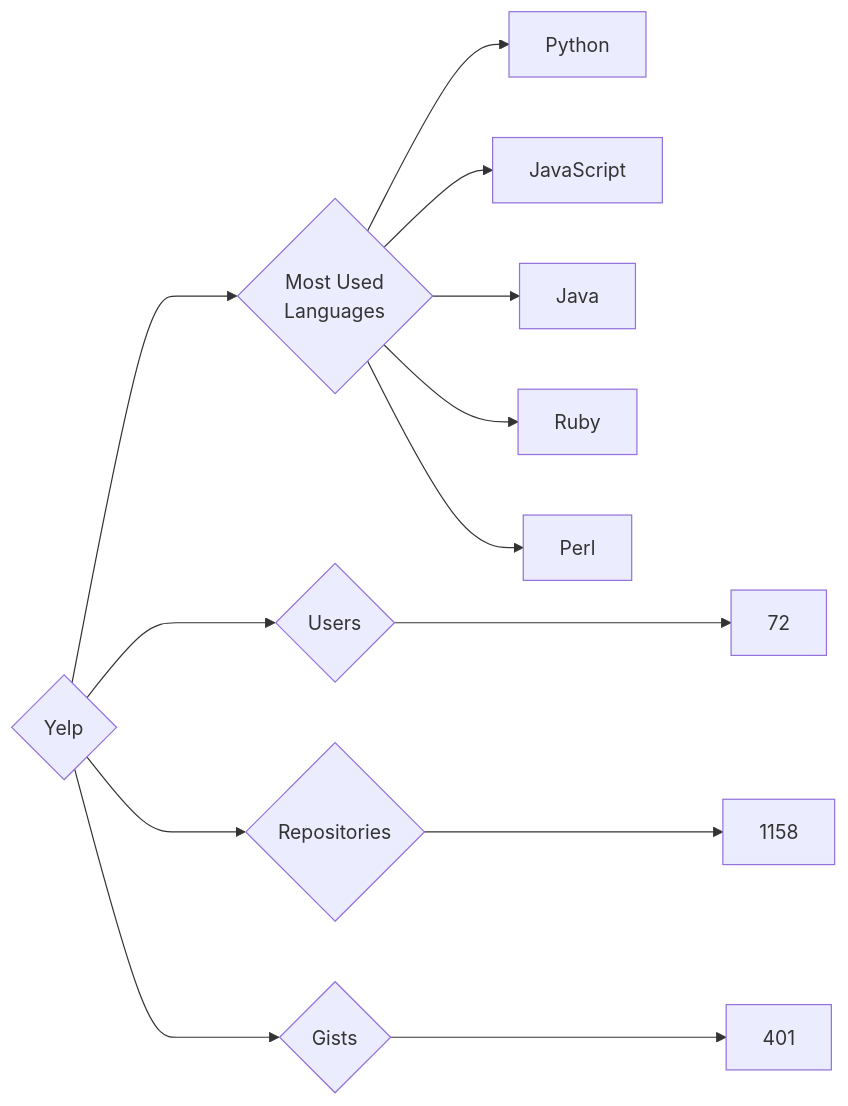
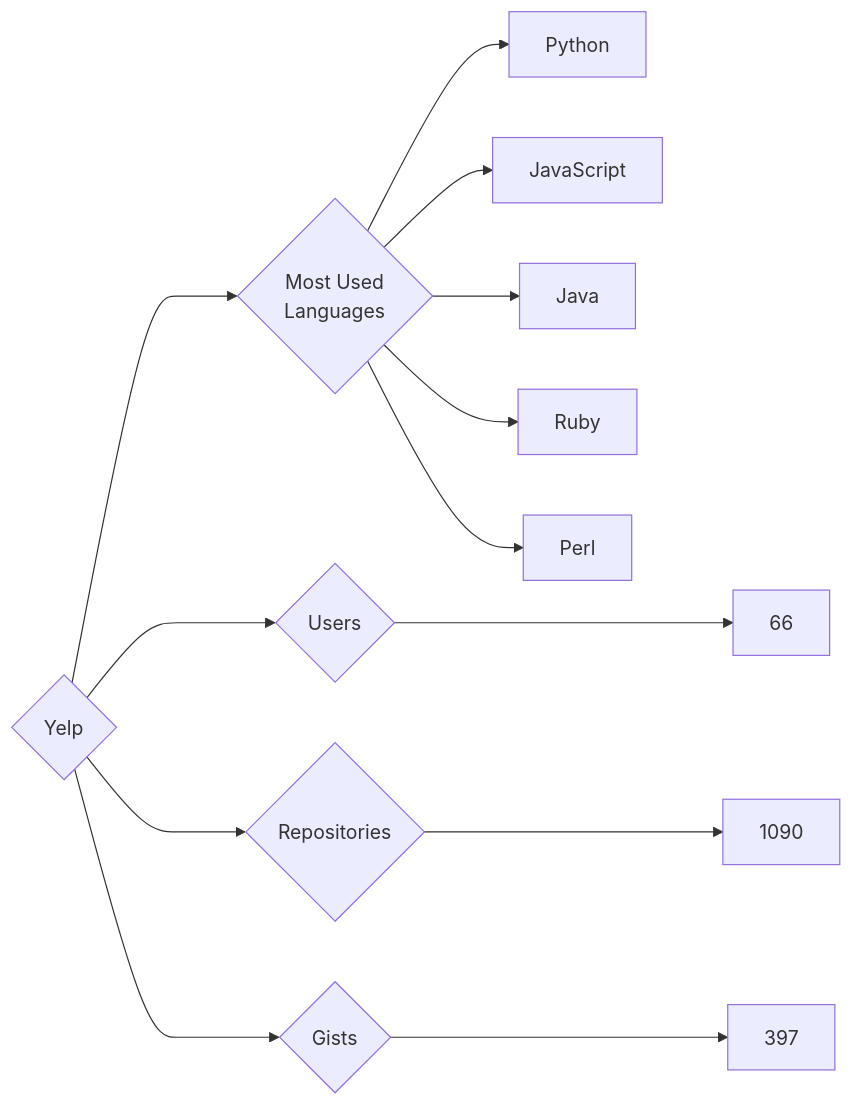
One commit to trickest/insiders changed the diagram in targets/Yelp/README.md. Above: the diagram before and after it, drawn with Mermaid. The commit also changed 970 other files, not shown here.

````diff
--- a/targets/Yelp/README.md
+++ b/targets/Yelp/README.md
@@ -3,13 +3,13 @@
 ```mermaid
 graph LR
 COMPANY_NAME{Yelp}
-COMPANY_NAME ---> U{Users} ---> UN[72]
-COMPANY_NAME ---> R{Repositories} ---> RN[1158]
-COMPANY_NAME ---> G{Gists} ---> GN[401]
+COMPANY_NAME ---> U{Users} ---> UN[66]
+COMPANY_NAME ---> R{Repositories} ---> RN[1090]
+COMPANY_NAME ---> G{Gists} ---> GN[397]
 COMPANY_NAME ---> ML{Most Used<br>Languages}
 ML --> Python[Python]
 ML --> JavaScript[JavaScript]
 ML --> Java[Java]
 ML --> Ruby[Ruby]
 ML --> Perl[Perl]
 ```
````
